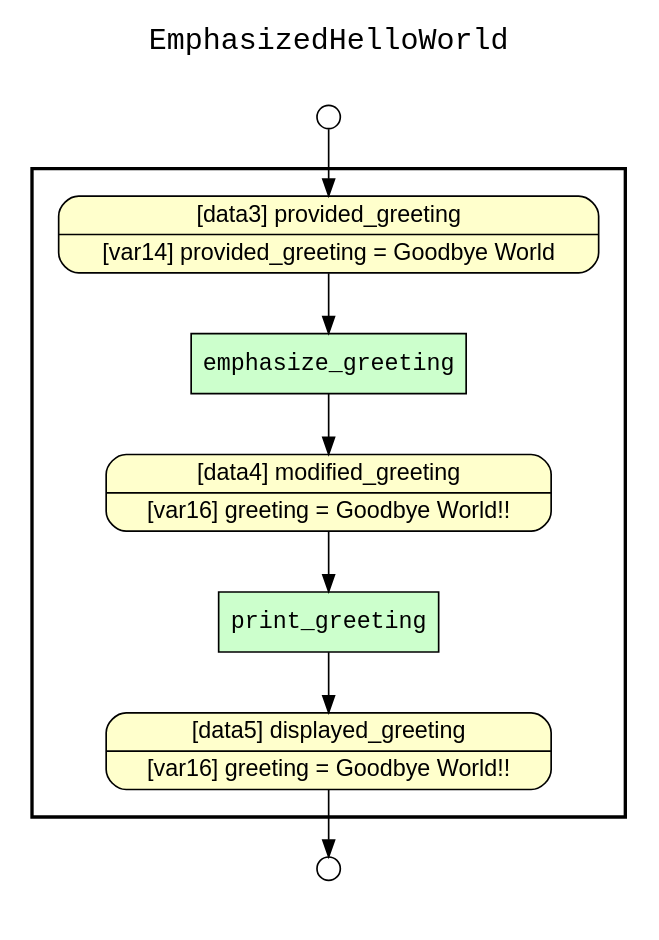
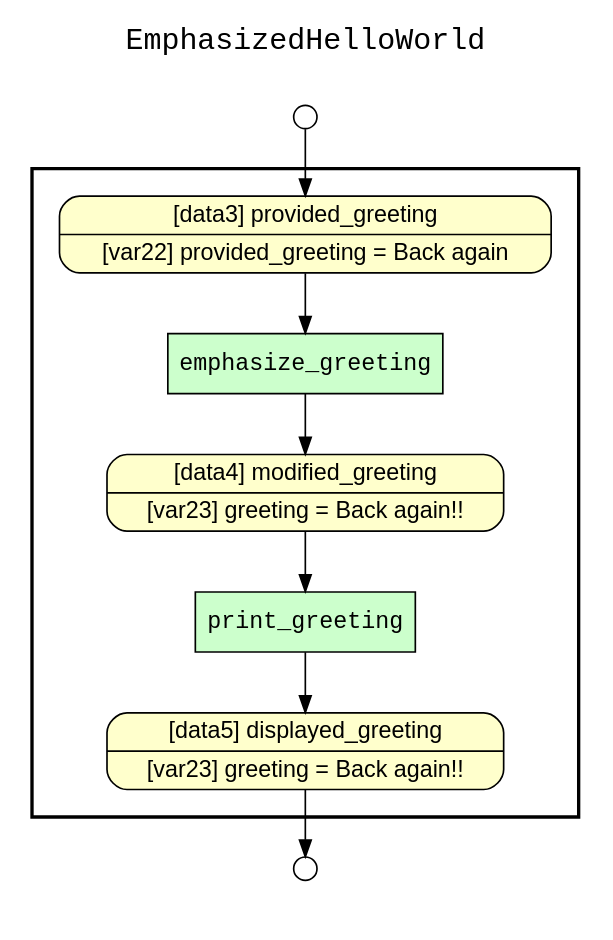
The diagram in examples/03_emphasized_hello_world/yw_nw_retrospective_lineage.gv (yesworkflow-org/yw-noworkflow), drawn with Graphviz before and after one commit. The commit also changed 26 other files, not shown here.

Commit message:
Retrospective lineage graph now correct when variable dependencies are by assignment.

```diff
--- a/examples/03_emphasized_hello_world/yw_nw_retrospective_lineage.gv
+++ b/examples/03_emphasized_hello_world/yw_nw_retrospective_lineage.gv
@@ -1,33 +1,34 @@
 
 digraph yw_data_view {
 rankdir=TB
 fontname=Courier; fontsize=18; labelloc=t
 label="EmphasizedHelloWorld"
 subgraph cluster_workflow { label=""; color=black; penwidth=2
 subgraph cluster_workflow_inner { label=""; color=white
 node[shape=box style="filled" fillcolor="#CCFFCC" peripheries=1 fontname=Courier]
 emphasize_greeting
 print_greeting
 node[shape=box style="filled" fillcolor="#CCFFCC" peripheries=1 fontname=Courier]
 node[shape=box style="rounded,filled" fillcolor="#FFFFCC" peripheries=1 fontname=Helvetica]
-provided_greeting [shape=record rankdir=LR label="{<f0> [data3] provided_greeting |<f1> [var14] provided_greeting = Goodbye World}"]
-modified_greeting [shape=record rankdir=LR label="{<f0> [data4] modified_greeting |<f1> [var16] greeting = Goodbye World!!}"]
-displayed_greeting [shape=record rankdir=LR label="{<f0> [data5] displayed_greeting |<f1> [var16] greeting = Goodbye World!!}"]
+displayed_greeting [shape=record rankdir=LR label="{<f0> [data5] displayed_greeting |<f1> [var23] greeting = Back again!!}"]
+modified_greeting [shape=record rankdir=LR label="{<f0> [data4] modified_greeting |<f1> [var23] greeting = Back again!!}"]
+provided_greeting [shape=record rankdir=LR label="{<f0> [data3] provided_greeting |<f1> [var22] provided_greeting = Back again}"]
+node[shape=box style="rounded,filled" fillcolor="#FFFFFF" peripheries=1 fontname=Helvetica]
 }}
 subgraph cluster_inflows { label=""; color=white; penwidth=2
 subgraph cluster_inflows_inner { label=""; color=white
 node[shape=circle fillcolor="#FFFFFF" peripheries=1 width=0.2]
 provided_greeting_inflow [label=""]
 }}
 subgraph cluster_outflows { label=""; color=white; penwidth=2
 subgraph cluster_outflows_inner { label=""; color=white
 node[shape=circle fillcolor="#FFFFFF" peripheries=1 width=0.2]
 displayed_greeting_outflow [label=""]
 }}
 modified_greeting -> print_greeting
 provided_greeting -> emphasize_greeting
 emphasize_greeting -> modified_greeting
 print_greeting -> displayed_greeting
 provided_greeting_inflow -> provided_greeting
 displayed_greeting -> displayed_greeting_outflow
 }
```
